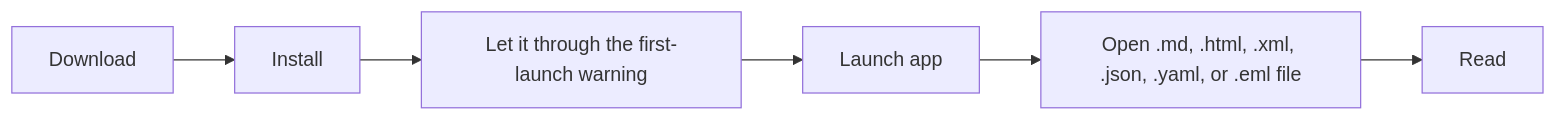
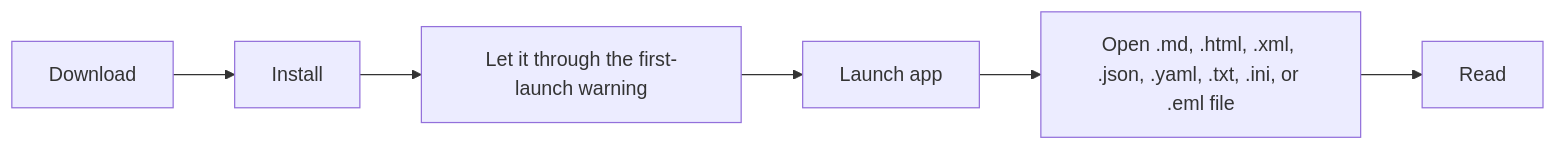
Before and after one commit to ryanallen/leaftext: the diagram in docs/02-installation.md, drawn with Mermaid. The commit also changed other lines of this file and 52 other files, not shown here.

Commit message:
The shape grid stays in the diagram sheet and text INI and source files open

````diff
--- a/docs/02-installation.md
+++ b/docs/02-installation.md
@@ -148,8 +148,8 @@
 ```mermaid
 flowchart LR
     A[Download] --> B[Install]
     B --> C[Let it through the first-launch warning]
     C --> D[Launch app]
-    D --> E[Open .md, .html, .xml, .json, .yaml, or .eml file]
+    D --> E[Open .md, .html, .xml, .json, .yaml, .txt, .ini, or .eml file]
     E --> F[Read]
 ```
````
